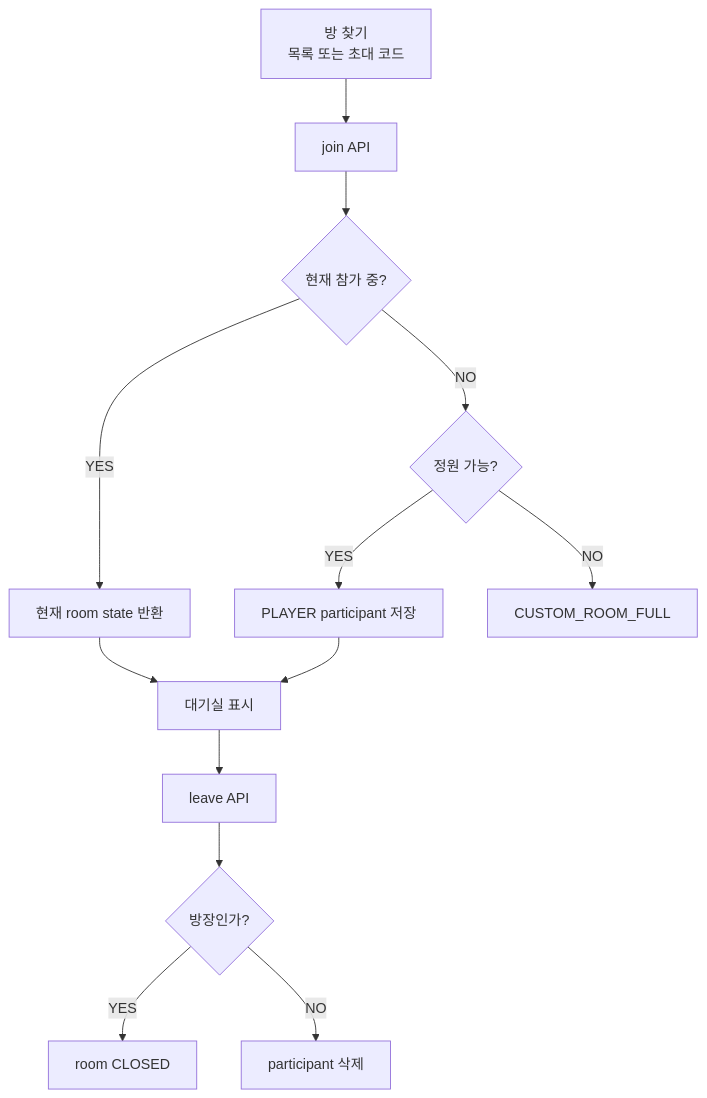
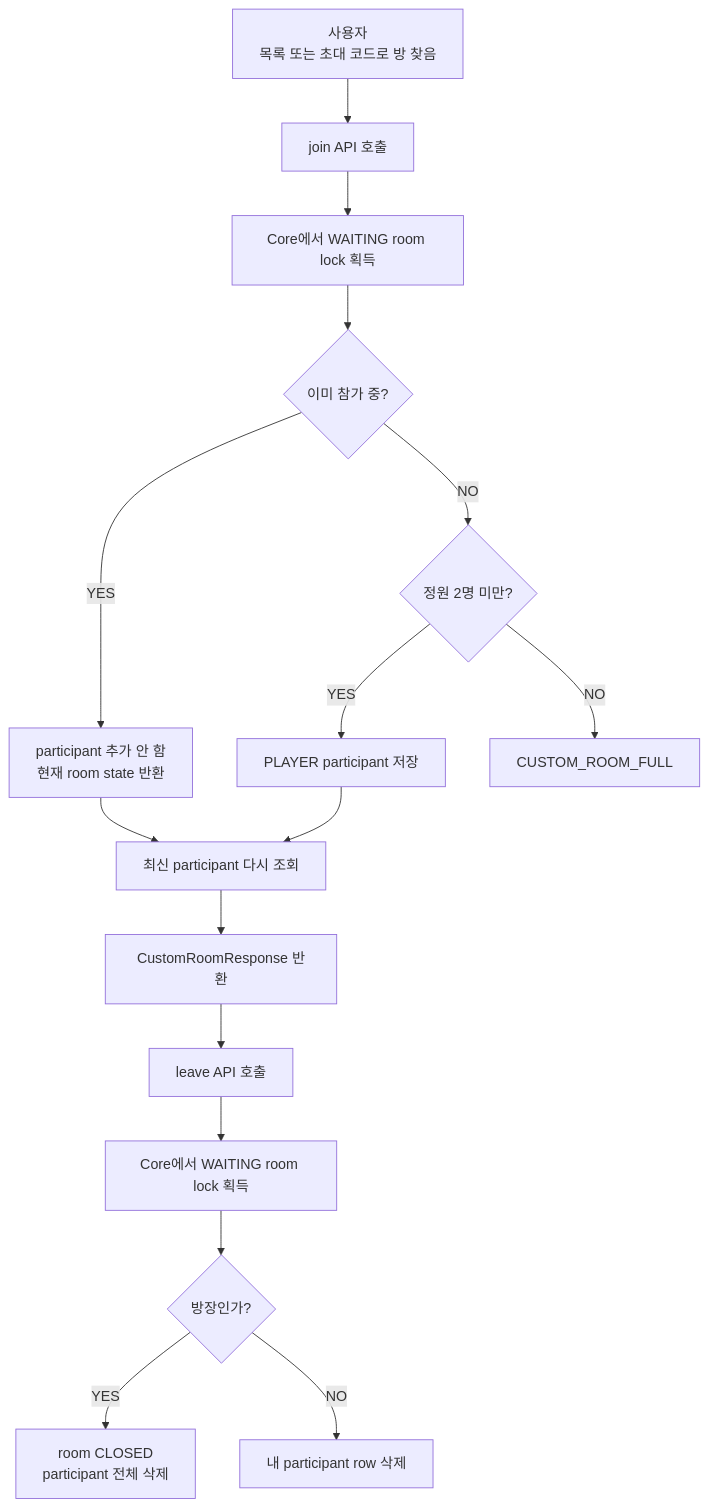
The second of 3 diagrams in docs/antigravity/backend/issue-126-custom-room-join-leave-api.md (moonwhistle/League-of-Star), drawn with Mermaid before and after one commit. The commit also changed other lines of this file, not shown here.

````diff
--- a/docs/antigravity/backend/issue-126-custom-room-join-leave-api.md
+++ b/docs/antigravity/backend/issue-126-custom-room-join-leave-api.md
@@ -355,16 +357,19 @@
 ```mermaid
 flowchart TD
-    A["방 찾기<br/>목록 또는 초대 코드"] --> B["join API"]
-    B --> C{"현재 참가 중?"}
-    C -->|YES| D["현재 room state 반환"]
-    C -->|NO| E{"정원 가능?"}
-    E -->|YES| F["PLAYER participant 저장"]
-    E -->|NO| G["CUSTOM_ROOM_FULL"]
-    F --> H["대기실 표시"]
-    D --> H
+    A["사용자<br/>목록 또는 초대 코드로 방 찾음"] --> B["join API 호출"]
+    B --> C["Core에서 WAITING room lock 획득"]
+    C --> D{"이미 참가 중?"}
+    D -->|YES| E["participant 추가 안 함<br/>현재 room state 반환"]
+    D -->|NO| F{"정원 2명 미만?"}
+    F -->|YES| G["PLAYER participant 저장"]
+    F -->|NO| H["CUSTOM_ROOM_FULL"]
+    G --> I["최신 participant 다시 조회"]
+    E --> I
+    I --> J["CustomRoomResponse 반환"]
 
-    H --> I["leave API"]
-    I --> J{"방장인가?"}
-    J -->|YES| K["room CLOSED"]
-    J -->|NO| L["participant 삭제"]
+    J --> K["leave API 호출"]
+    K --> L["Core에서 WAITING room lock 획득"]
+    L --> M{"방장인가?"}
+    M -->|YES| N["room CLOSED<br/>participant 전체 삭제"]
+    M -->|NO| O["내 participant row 삭제"]
 ```
````
